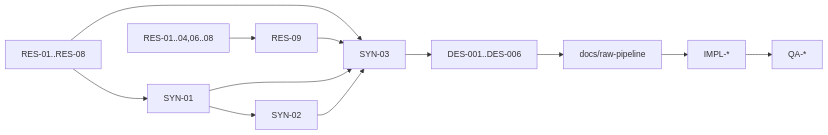
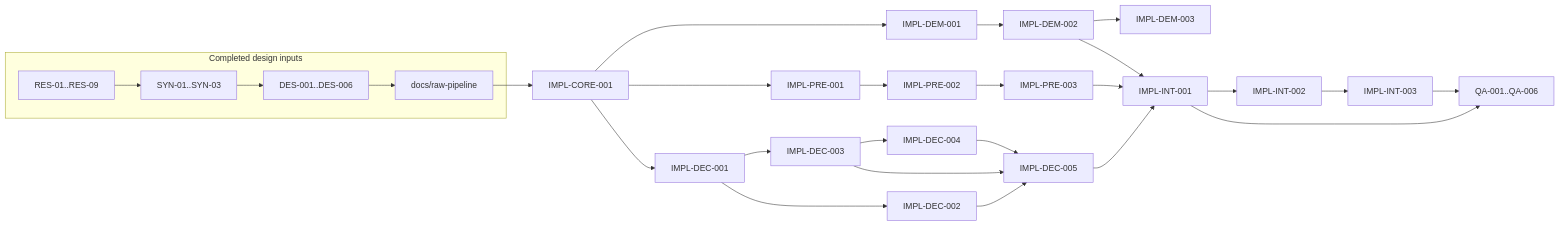
The diagram in agent-work/tasks/raw-pipeline/README.md (Glatzel/fornax), drawn with Mermaid before and after one commit. The commit also changed other lines of this file and 24 other files, not shown here.

````diff
--- a/agent-work/tasks/raw-pipeline/README.md
+++ b/agent-work/tasks/raw-pipeline/README.md
@@ -71,14 +93,46 @@
 ```mermaid
 flowchart LR
-    R0["RES-01..RES-08"] --> S1["SYN-01"]
-    R0 --> S3["SYN-03"]
-    BackendReports["RES-01..04,06..08"] --> R9["RES-09"]
-    R9 --> S3
-    S1 --> S2["SYN-02"]
-    S1 --> S3
-    S2 --> S3
-    S3 --> D["DES-001..DES-006"]
-    D --> Docs["docs/raw-pipeline"]
-    Docs --> I["IMPL-*"]
-    I --> Q["QA-*"]
+    subgraph Completed["Completed design inputs"]
+        R0["RES-01..RES-09"]
+        S["SYN-01..SYN-03"]
+        D["DES-001..DES-006"]
+        Docs["docs/raw-pipeline"]
+        R0 --> S --> D --> Docs
+    end
+
+    Core["IMPL-CORE-001"]
+    Dec["IMPL-DEC-001"]
+    LibRaw["IMPL-DEC-002"]
+    Dnglab["IMPL-DEC-003"]
+    Dnc["IMPL-DEC-004"]
+    DecQA["IMPL-DEC-005"]
+    Pre1["IMPL-PRE-001"]
+    Pre2["IMPL-PRE-002"]
+    Pre3["IMPL-PRE-003"]
+    Dem1["IMPL-DEM-001"]
+    Dem2["IMPL-DEM-002"]
+    Dem3["IMPL-DEM-003"]
+    Int1["IMPL-INT-001"]
+    Int2["IMPL-INT-002"]
+    Int3["IMPL-INT-003"]
+    QA["QA-001..QA-006"]
+
+    Docs --> Core
+    Core --> Dec
+    Core --> Pre1
+    Core --> Dem1
+    Dec --> LibRaw
+    Dec --> Dnglab
+    Dnglab --> Dnc
+    LibRaw --> DecQA
+    Dnglab --> DecQA
+    Dnc --> DecQA
+    Pre1 --> Pre2 --> Pre3
+    Dem1 --> Dem2 --> Dem3
+    DecQA --> Int1
+    Pre3 --> Int1
+    Dem2 --> Int1
+    Int1 --> Int2 --> Int3
+    Int1 --> QA
+    Int3 --> QA
 ```
````
